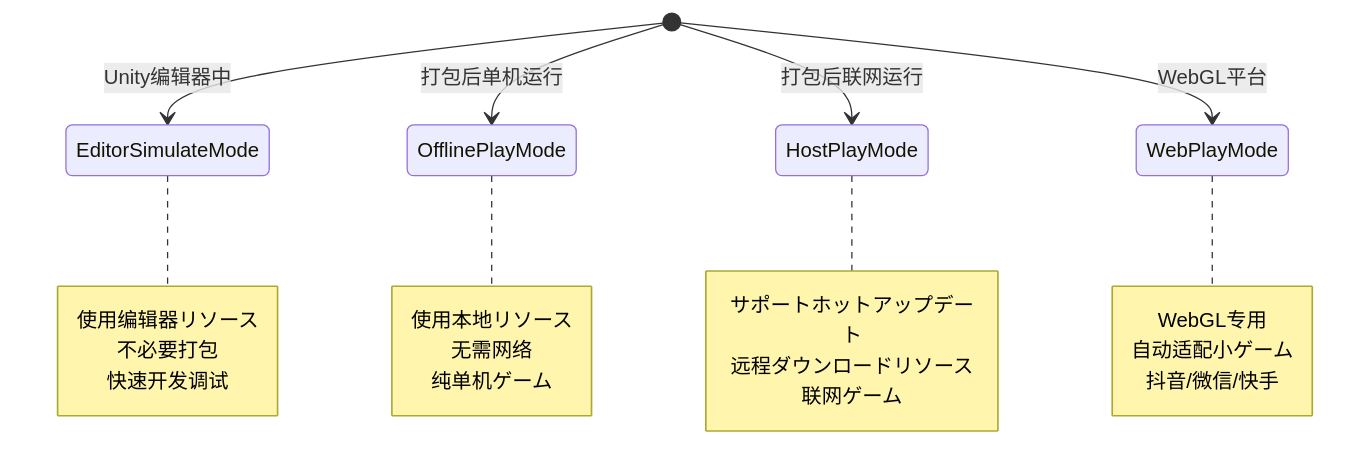
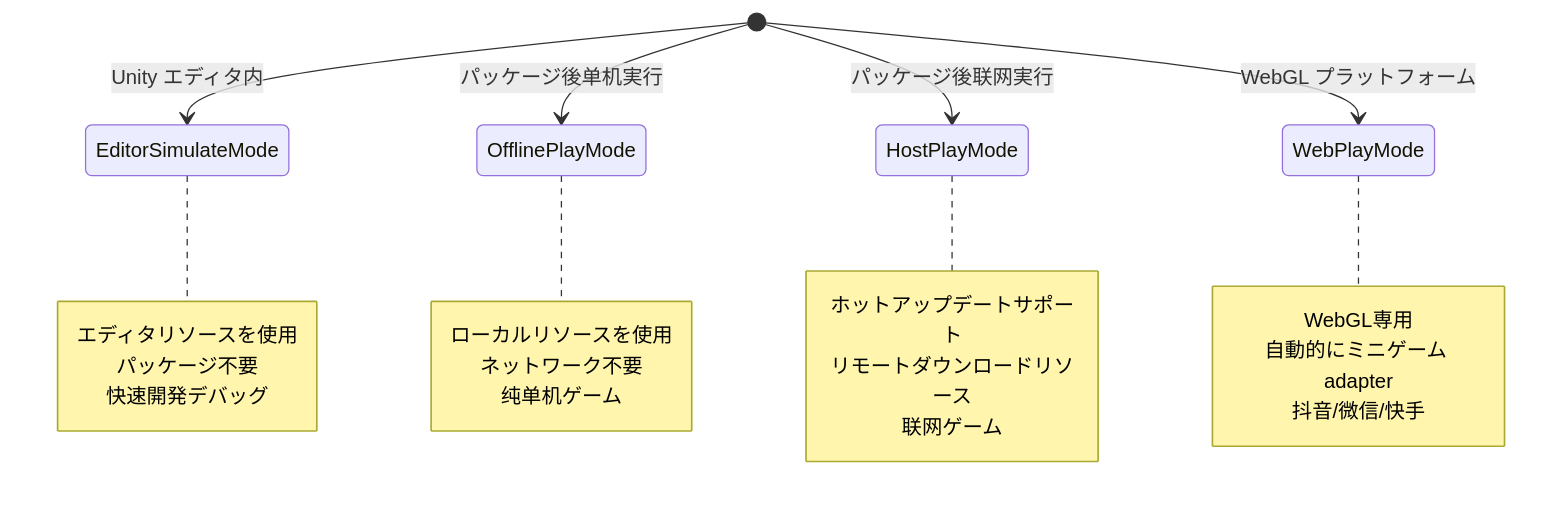
Before and after one commit to AlianBlank/GameFrameX.Docs: the second of 5 diagrams in docs/ja/client/unity/component/asset/08.architecture.md, drawn with Mermaid. The commit also changed other lines of this file and 320 other files, not shown here.

````diff
--- a/docs/ja/client/unity/component/asset/08.architecture.md
+++ b/docs/ja/client/unity/component/asset/08.architecture.md
@@ -166,31 +166,31 @@
 ```mermaid
 stateDiagram-v2
-    [*] --> EditorSimulateMode: Unity编辑器中
-    [*] --> OfflinePlayMode: 打包后单机运行
-    [*] --> HostPlayMode: 打包后联网运行
-    [*] --> WebPlayMode: WebGL平台
+    [*] --> EditorSimulateMode: Unity エディタ内
+    [*] --> OfflinePlayMode: パッケージ後单机実行
+    [*] --> HostPlayMode: パッケージ後联网実行
+    [*] --> WebPlayMode: WebGL プラットフォーム
     
     note right of EditorSimulateMode
-        使用编辑器リソース
-        不必要打包
-        快速开发调试
+        エディタリソースを使用
+        パッケージ不要
+        快速開発デバッグ
     end note
     
     note right of OfflinePlayMode
-        使用本地リソース
-        无需网络
+        ローカルリソースを使用
+        ネットワーク不要
         纯单机ゲーム
     end note
     
     note right of HostPlayMode
-        サポートホットアップデート
-        远程ダウンロードリソース
+        ホットアップデートサポート
+        リモートダウンロードリソース
         联网ゲーム
     end note
     
     note right of WebPlayMode
-        WebGL专用
-        自动适配小ゲーム
+        WebGL専用
+        自動的にミニゲーム adapter
         抖音/微信/快手
     end note
 ```
````
